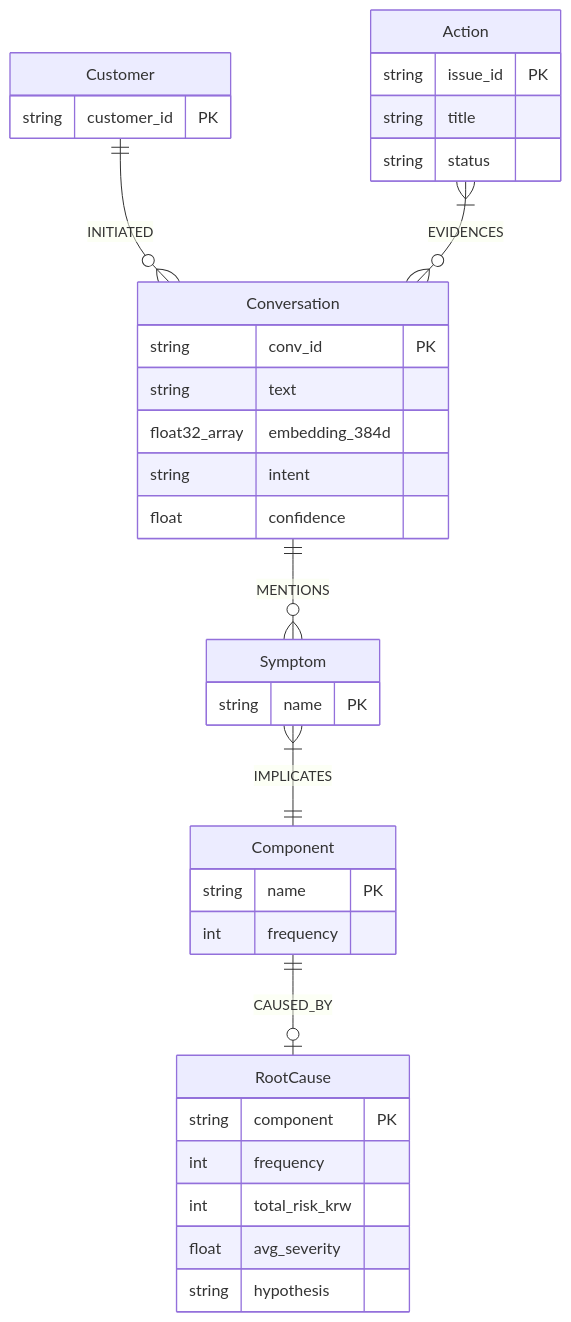
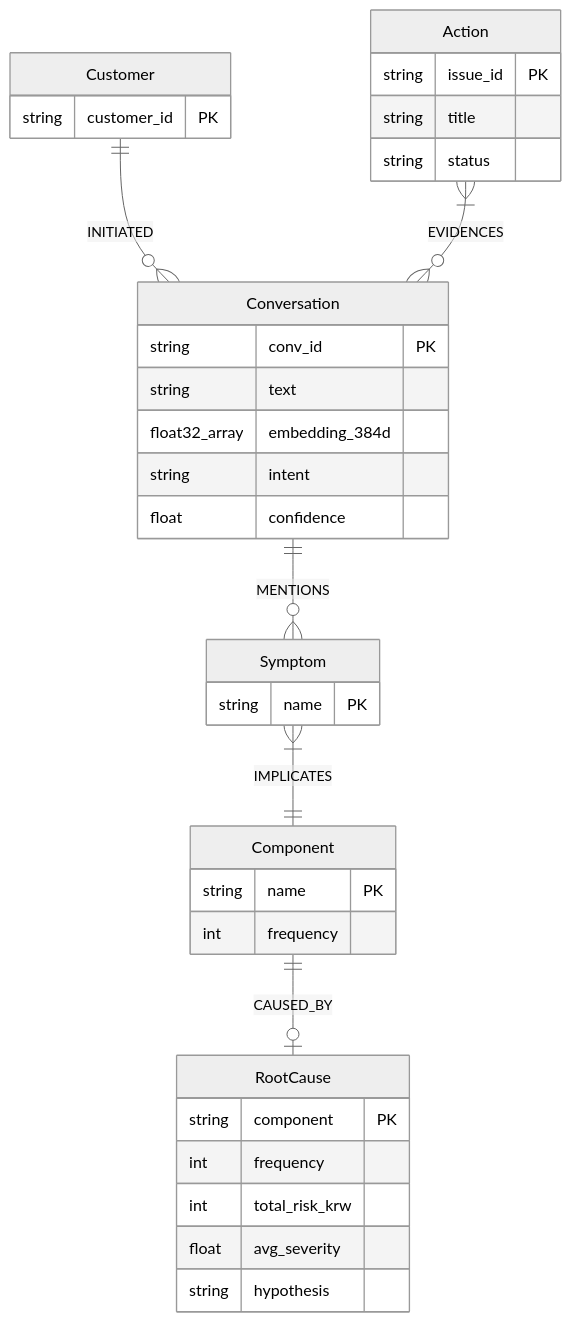
One commit to kanziman/channel-voc-demo changed the third of 4 diagrams in README.md. Above: the diagram before and after it, drawn with Mermaid. The commit also changed other lines of this file, not shown here.

Commit message:
docs(readme): constrain ERD diagram rendering width with max-width container

````diff
--- a/README.md
+++ b/README.md
@@ -131,38 +133,39 @@
 ```mermaid
+%%{init: {'theme': 'neutral', 'erd': {'useMaxWidth': false}}}%%
 erDiagram
     Customer ||--o{ Conversation : INITIATED
     Conversation ||--o{ Symptom : MENTIONS
     Symptom }|--|| Component : IMPLICATES
     Component ||--o| RootCause : CAUSED_BY
     Action }|--o{ Conversation : EVIDENCES
 
     Customer {
         string customer_id PK
     }
     Conversation {
         string conv_id PK
         string text
         float32_array embedding_384d
         string intent
         float confidence
     }
     Symptom {
         string name PK
     }
     Component {
         string name PK
         int frequency
     }
     RootCause {
         string component PK
         int frequency
         int total_risk_krw
         float avg_severity
         string hypothesis
     }
     Action {
         string issue_id PK
         string title
         string status
     }
 ```
````
